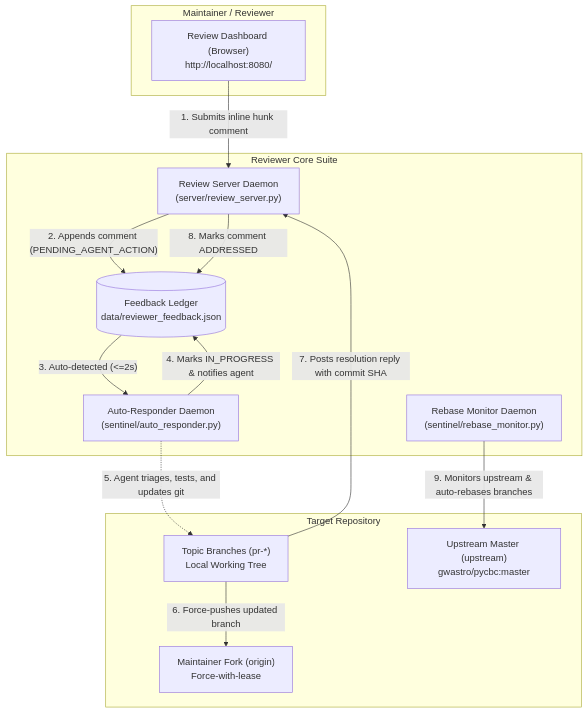
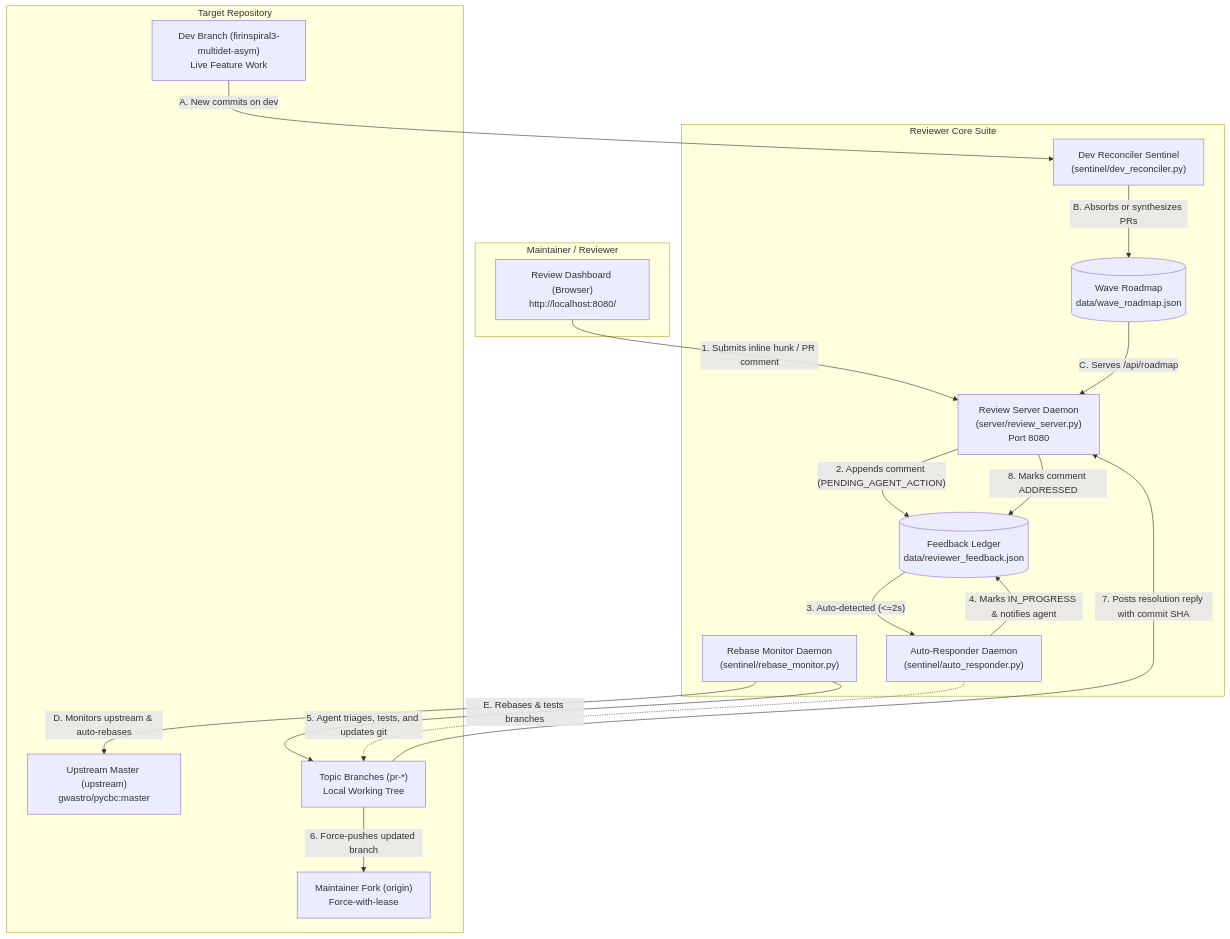
Before and after one commit to ahnitz/reviewer: the diagram in AGENTS.md, drawn with Mermaid. The commit also changed other lines of this file and 12 other files, not shown here.

Commit message:
feat: complete multi-wave roadmap layout, origin branch tracker, dev reconciler, and multi-agent AI runbook

````diff
--- a/AGENTS.md
+++ b/AGENTS.md
@@ -11,29 +13,38 @@
 ```mermaid
 flowchart TD
     subgraph Human["Maintainer / Reviewer"]
         UI["Review Dashboard (Browser)\nhttp://localhost:8080/"]
     end
 
     subgraph Reviewer["Reviewer Core Suite"]
-        SERVER["Review Server Daemon\n(server/review_server.py)"]
+        SERVER["Review Server Daemon\n(server/review_server.py)\nPort 8080"]
         LEDGER[("Feedback Ledger\ndata/reviewer_feedback.json")]
+        ROADMAP[("Wave Roadmap\ndata/wave_roadmap.json")]
         REBASE["Rebase Monitor Daemon\n(sentinel/rebase_monitor.py)"]
         RESPONDER["Auto-Responder Daemon\n(sentinel/auto_responder.py)"]
+        DEV_RECONCILER["Dev Reconciler Sentinel\n(sentinel/dev_reconciler.py)"]
     end
 
     subgraph Git["Target Repository"]
         LOCAL_GIT["Topic Branches (pr-*)\nLocal Working Tree"]
+        DEV_BRANCH["Dev Branch (firinspiral3-multidet-asym)\nLive Feature Work"]
         REMOTE_FORK["Maintainer Fork (origin)\nForce-with-lease"]
         UPSTREAM["Upstream Master (upstream)\ngwastro/pycbc:master"]
     end
 
-    UI -- "1. Submits inline hunk comment" --> SERVER
+    UI -- "1. Submits inline hunk / PR comment" --> SERVER
     SERVER -- "2. Appends comment (PENDING_AGENT_ACTION)" --> LEDGER
     LEDGER -- "3. Auto-detected (<=2s)" --> RESPONDER
     RESPONDER -- "4. Marks IN_PROGRESS & notifies agent" --> LEDGER
     RESPONDER -. "5. Agent triages, tests, and updates git" .-> LOCAL_GIT
     LOCAL_GIT -- "6. Force-pushes updated branch" --> REMOTE_FORK
     LOCAL_GIT -- "7. Posts resolution reply with commit SHA" --> SERVER
     SERVER -- "8. Marks comment ADDRESSED" --> LEDGER
-    REBASE -- "9. Monitors upstream & auto-rebases branches" --> UPSTREAM
+
+    DEV_BRANCH -- "A. New commits on dev" --> DEV_RECONCILER
+    DEV_RECONCILER -- "B. Absorbs or synthesizes PRs" --> ROADMAP
+    ROADMAP -- "C. Serves /api/roadmap" --> SERVER
+
+    REBASE -- "D. Monitors upstream & auto-rebases" --> UPSTREAM
+    REBASE -- "E. Rebases & tests branches" --> LOCAL_GIT
 ```
````
